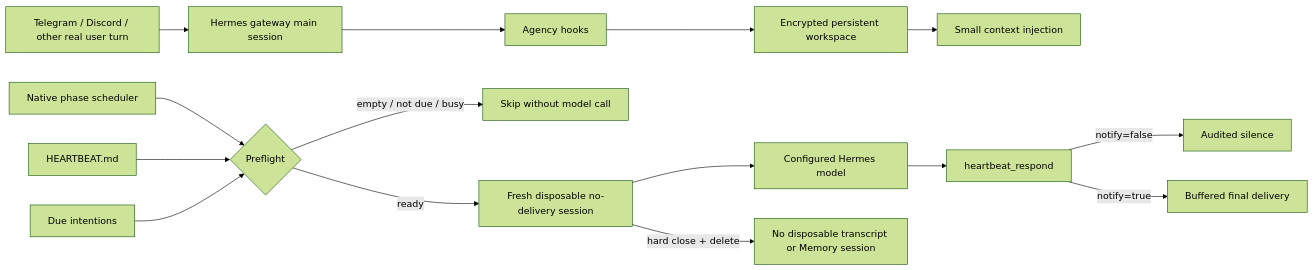
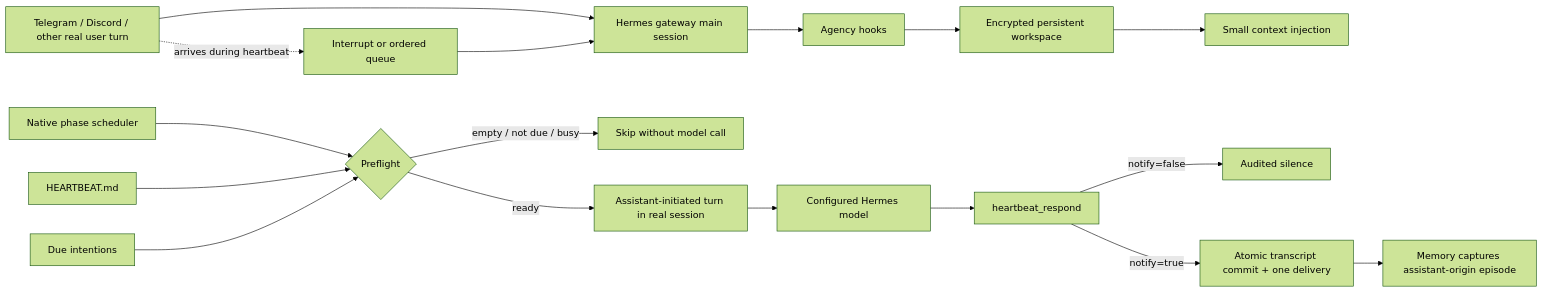
Before and after one commit to b7216309-jpg/hermes-conscious-agency: the diagram in README.md, drawn with Mermaid (forest theme). The commit also changed other lines of this file and 9 other files, not shown here.

````diff
--- a/README.md
+++ b/README.md
@@ -22,18 +24,20 @@
 ```mermaid
 flowchart LR
     U["Telegram / Discord / other real user turn"] --> G["Hermes gateway main session"]
     G --> A["Agency hooks"]
     A --> W["Encrypted persistent workspace"]
     W --> C["Small context injection"]
 
     S["Native phase scheduler"] --> P{"Preflight"}
     F["HEARTBEAT.md"] --> P
     I["Due intentions"] --> P
     P -->|"empty / not due / busy"| X["Skip without model call"]
-    P -->|"ready"| H["Fresh disposable no-delivery session"]
+    P -->|"ready"| H["Assistant-initiated turn in real session"]
     H --> M["Configured Hermes model"]
     M --> R["heartbeat_respond"]
     R -->|"notify=false"| Q["Audited silence"]
-    R -->|"notify=true"| B["Buffered final delivery"]
-    H -->|"hard close + delete"| D["No disposable transcript or Memory session"]
+    R -->|"notify=true"| B["Atomic transcript commit + one delivery"]
+    B --> D["Memory captures assistant-origin episode"]
+    U -. "arrives during heartbeat" .-> O["Interrupt or ordered queue"]
+    O --> G
 ```
````
